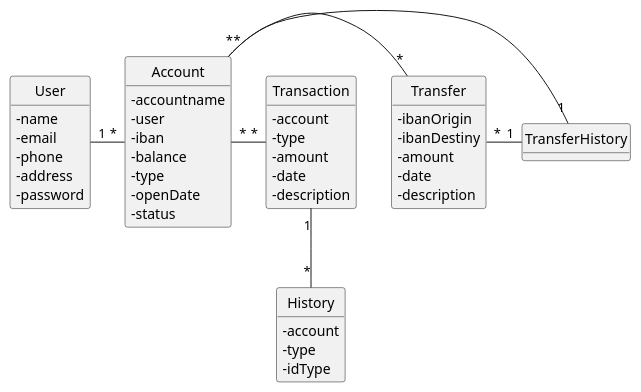
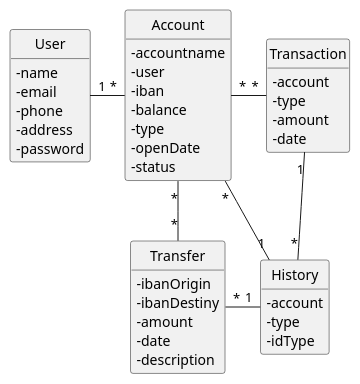
Before and after one commit to mpoboas/natwise: the diagram in docs/DomainModel.puml, drawn with PlantUML. The commit also changed 4 other files, not shown here.

```diff
--- a/docs/DomainModel.puml
+++ b/docs/DomainModel.puml
@@ -1,54 +1,53 @@
 @startuml DomainModel
 'https://plantuml.com/class-diagram
 skinparam classAttributeIconSize 0
 hide circle
 hide methods
 
 class User {
     - name
     - email 
     - phone
     - address
     - password
 }
 
 class Account {
     - accountname
     - user
     - iban
     - balance
     - type
     - openDate
     - status
 }
 
 class Transfer {
     - ibanOrigin
     - ibanDestiny
     - amount
     - date
     - description
 }
 
 class Transaction {
     - account
     - type
     - amount
     - date
-    - description
 }
 
 class History {
     - account
     - type
     - idType
 }
 
 User "1"-"*" Account
 Account "*"-"*" Transfer
-Account "*"-"1" TransferHistory
-Transfer "*"-"1" TransferHistory
+Account "*"-"1" History
+Transfer "*"-"1" History
 Account "*"-"*" Transaction
 Transaction "1"-d-"*" History
 
 @enduml
```
